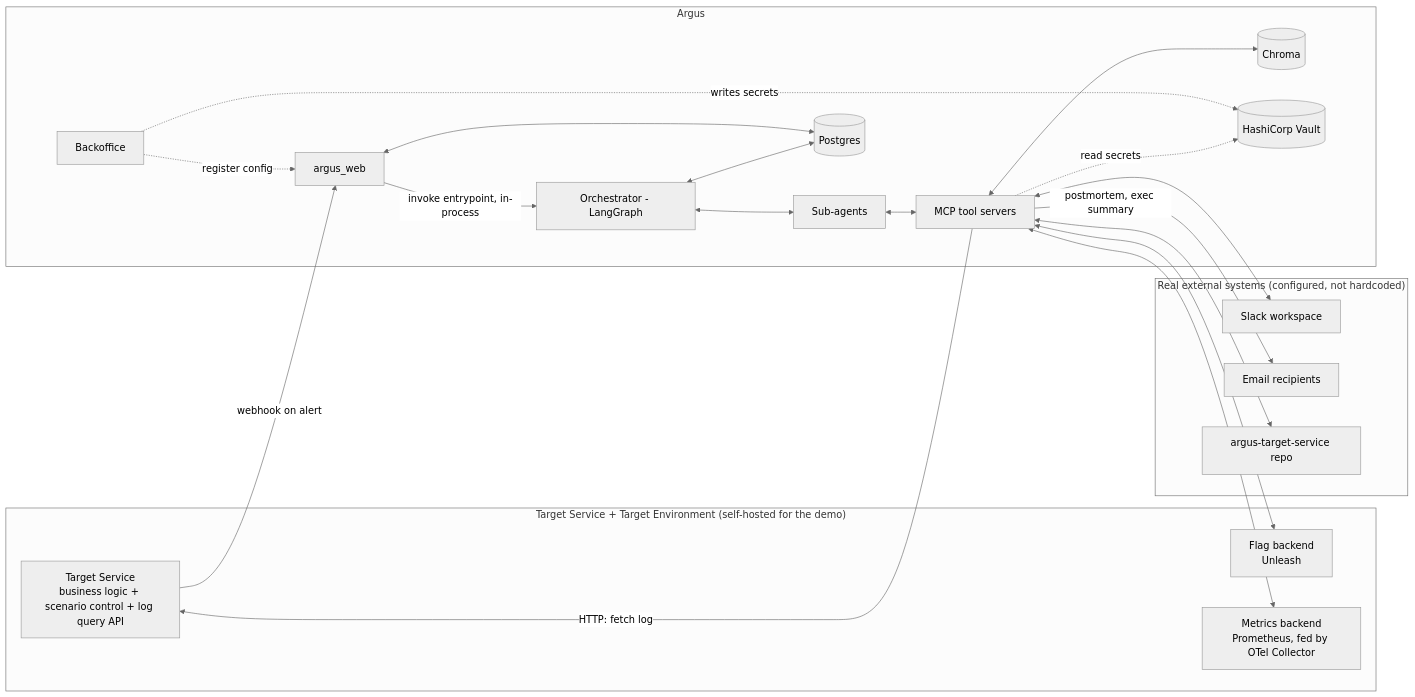
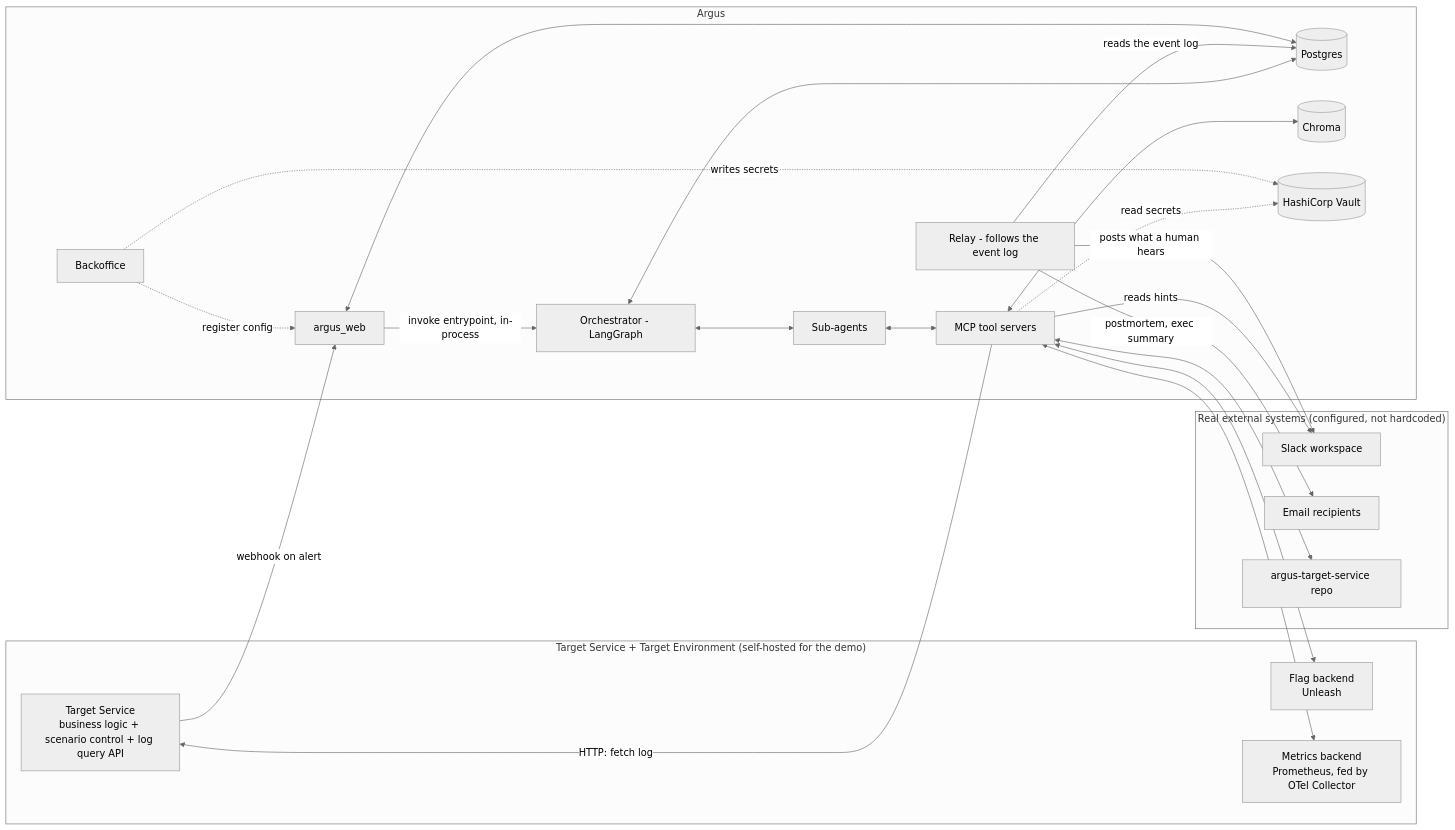
The first of 5 diagrams in docs/spec-and-architecture.md (ohadraz/Argus), drawn with Mermaid (neutral theme) before and after one commit. The commit also changed other lines of this file and 124 other files, not shown here.

````diff
--- a/docs/spec-and-architecture.md
+++ b/docs/spec-and-architecture.md
@@ -74,42 +74,45 @@
 ```mermaid
 flowchart LR
     subgraph Real["Real external systems (configured, not hardcoded)"]
         SLK[Slack workspace]
         MAIL[Email recipients]
         GH[argus-target-service repo]
     end
 
     subgraph TargetEnv["Target Service + Target Environment (self-hosted for the demo)"]
         TS[Target Service<br/>business logic + scenario control + log query API]
         FLAGS[Flag backend<br/>Unleash]
         METRICS[Metrics backend<br/>Prometheus, fed by OTel Collector]
     end
 
     subgraph Argus["Argus"]
         WEB[argus_web]
         ORCH[Orchestrator - LangGraph]
         AGENTS[Sub-agents]
         MCPS[MCP tool servers]
+        RELAY[Relay - follows the event log]
         PG[(Postgres)]
         CHROMA[(Chroma)]
         VAULT[(HashiCorp Vault)]
         BO[Backoffice]
     end
 
     TS -->|webhook on alert| WEB
     WEB -->|invoke entrypoint, in-process| ORCH
     ORCH <--> AGENTS
     AGENTS <--> MCPS
     MCPS -->|HTTP: fetch log| TS
     MCPS <--> FLAGS
     MCPS <--> METRICS
     MCPS <--> GH
-    MCPS <--> SLK
-    MCPS -->|postmortem, exec summary| MAIL
+    MCPS -->|reads hints| SLK
+    RELAY -->|posts what a human hears| SLK
+    RELAY -->|postmortem, exec summary| MAIL
     MCPS <--> CHROMA
     ORCH <--> PG
+    RELAY -->|reads the event log| PG
     MCPS -.->|read secrets| VAULT
     WEB <--> PG
     BO -.->|register config| WEB
     BO -.->|writes secrets| VAULT
 ```
````
